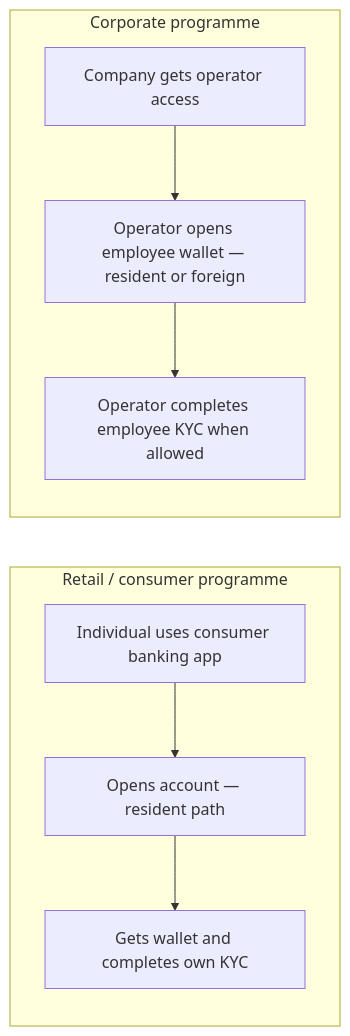
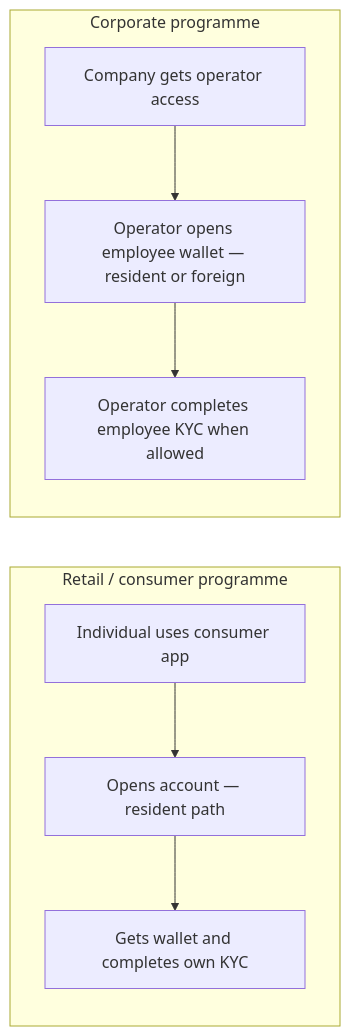
The diagram in docs/architecture/resident-and-foreign-gateway-personas.md (mitf-dev-space/mitf_wallet_public_docs), drawn with Mermaid before and after one commit. The commit also changed other lines of this file and 30 other files, not shown here.

````diff
--- a/docs/architecture/resident-and-foreign-gateway-personas.md
+++ b/docs/architecture/resident-and-foreign-gateway-personas.md
@@ -67,16 +58,16 @@
 ```mermaid
 flowchart LR
   subgraph retail["Retail / consumer programme"]
-    A[Individual uses consumer banking app]
+    A[Individual uses consumer app]
     B[Opens account — resident path]
     C[Gets wallet and completes own KYC]
     A --> B --> C
   end
 
   subgraph corp["Corporate programme"]
     D[Company gets operator access]
     E[Operator opens employee wallet — resident or foreign]
     F[Operator completes employee KYC when allowed]
     D --> E --> F
   end
 ```
````
